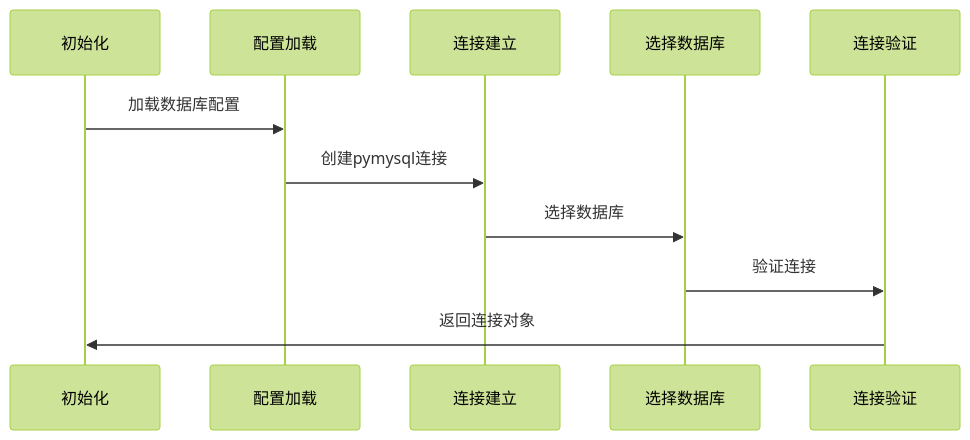
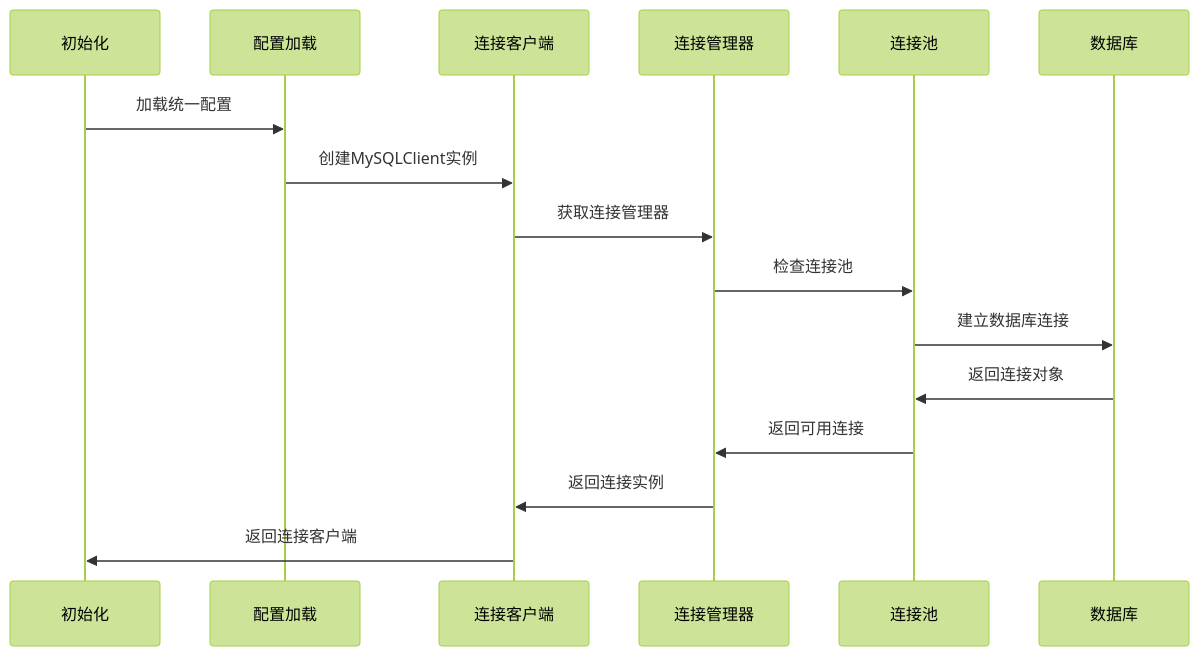
The third of 16 diagrams in .qoder/repowiki/zh/content/数据库管理/MySQL连接管理.md (liximing1-ola/qa-payTest), drawn with Mermaid (forest theme) before and after one commit. The commit also changed other lines of this file and 6 other files, not shown here.

````diff
--- a/.qoder/repowiki/zh/content/数据库管理/MySQL连接管理.md
+++ b/.qoder/repowiki/zh/content/数据库管理/MySQL连接管理.md
@@ -125,13 +144,18 @@
 ```mermaid
 sequenceDiagram
 participant Init as 初始化
 participant Config as 配置加载
-participant Connect as 连接建立
-participant SelectDB as 选择数据库
-participant Ping as 连接验证
-Init->>Config : 加载数据库配置
-Config->>Connect : 创建pymysql连接
-Connect->>SelectDB : 选择数据库
-SelectDB->>Ping : 验证连接
-Ping->>Init : 返回连接对象
+participant Client as 连接客户端
+participant Manager as 连接管理器
+participant Pool as 连接池
+participant DB as 数据库
+Init->>Config : 加载统一配置
+Config->>Client : 创建MySQLClient实例
+Client->>Manager : 获取连接管理器
+Manager->>Pool : 检查连接池
+Pool->>DB : 建立数据库连接
+DB->>Pool : 返回连接对象
+Pool->>Manager : 返回可用连接
+Manager->>Client : 返回连接实例
+Client->>Init : 返回连接客户端
 ```
````
